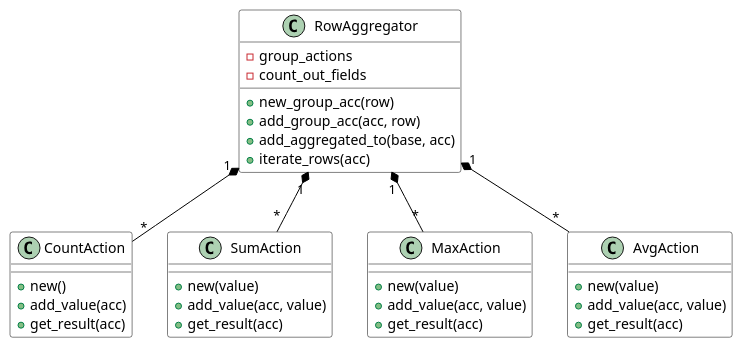
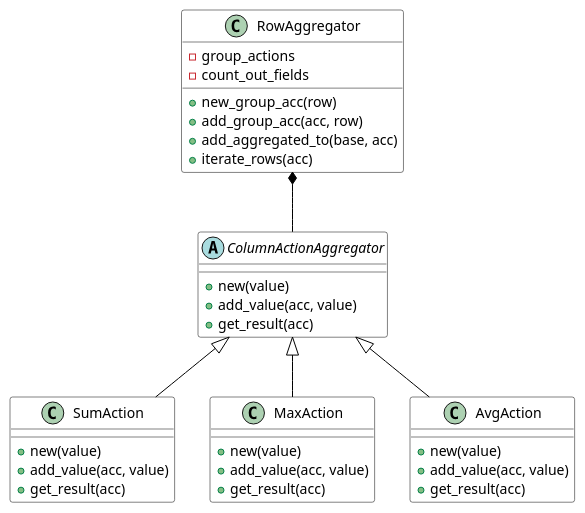
The diagram in src/img/vista_logica/clases_node_groupby_aggregator.puml (SebastianVintonuke/TA050-TP-Design), drawn with PlantUML before and after one commit. The commit also changed 9 other files, not shown here.

```diff
--- a/src/img/vista_logica/clases_node_groupby_aggregator.puml
+++ b/src/img/vista_logica/clases_node_groupby_aggregator.puml
@@ -1,47 +1,48 @@
 @startuml
 
 skinparam backgroundColor white
 skinparam classBorderColor black
 skinparam classBackgroundColor white
 skinparam ArrowColor black
 skinparam defaultFontColor black
-
-class CountAction {
-    + new()
-    + add_value(acc)
-    + get_result(acc)
-}
 
 class SumAction {
     + new(value)
     + add_value(acc, value)
     + get_result(acc)
 }
 
 class MaxAction {
     + new(value)
     + add_value(acc, value)
     + get_result(acc)
 }
 
 class AvgAction {
     + new(value)
     + add_value(acc, value)
     + get_result(acc)
 }
 
-RowAggregator "1" *-- "*" CountAction
-RowAggregator "1" *-- "*" SumAction
-RowAggregator "1" *-- "*" MaxAction
-RowAggregator "1" *-- "*" AvgAction
+RowAggregator *-- ColumnActionAggregator
+
+ColumnActionAggregator <|-- SumAction
+ColumnActionAggregator <|-- MaxAction
+ColumnActionAggregator <|-- AvgAction
+
+abstract class ColumnActionAggregator {
+    + new(value)
+    + add_value(acc, value)
+    + get_result(acc)
+}
 
 class RowAggregator {
     - group_actions
     - count_out_fields
     + new_group_acc(row)
     + add_group_acc(acc, row)
     + add_aggregated_to(base, acc)
     + iterate_rows(acc)
 }
 
 @enduml
```
